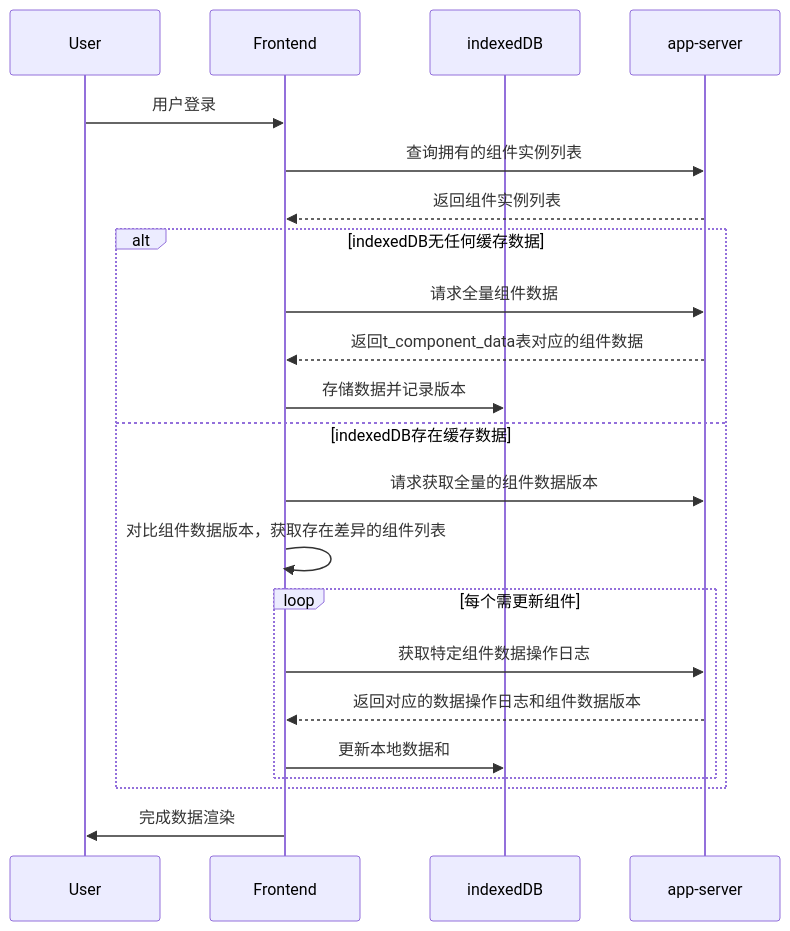
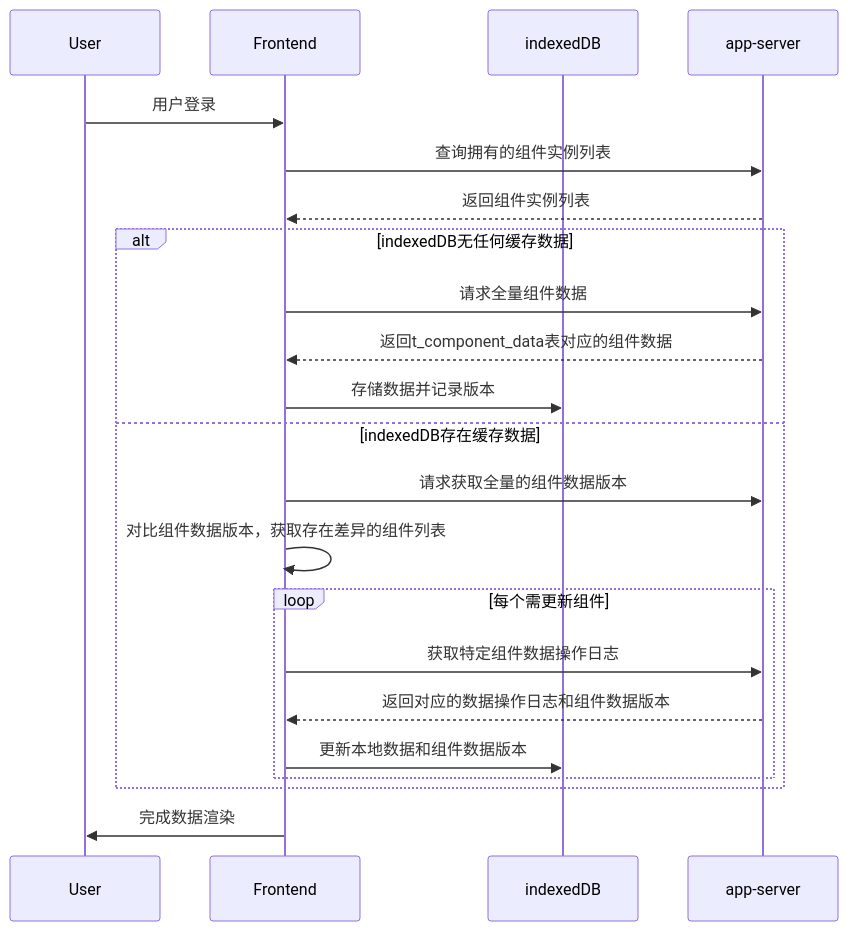
The diagram in all/未命名-25.md (yingjianzh/iodraw-files), drawn with Mermaid before and after one commit.

Commit message:
2025-02-25 10:53:10 update

````diff
--- a/all/未命名-25.md
+++ b/all/未命名-25.md
@@ -1,29 +1,29 @@
 ```mermaid
 
 sequenceDiagram
     participant User
     participant Frontend
     participant indexedDB
     participant app-server
 
 
     User->>Frontend: 用户登录
     Frontend->>app-server: 查询拥有的组件实例列表
     app-server-->>Frontend: 返回组件实例列表
     
     alt indexedDB无任何缓存数据
         Frontend->>app-server: 请求全量组件数据
         app-server-->>Frontend: 返回t_component_data表对应的组件数据
         Frontend->>indexedDB: 存储数据并记录版本
     else indexedDB存在缓存数据
         Frontend->>app-server: 请求获取全量的组件数据版本
         Frontend->>Frontend: 对比组件数据版本，获取存在差异的组件列表
         loop 每个需更新组件
             Frontend->>app-server: 获取特定组件数据操作日志
             app-server-->>Frontend: 返回对应的数据操作日志和组件数据版本
-            Frontend->>indexedDB: 更新本地数据和
+            Frontend->>indexedDB: 更新本地数据和组件数据版本
         end
     end
     Frontend->>User: 完成数据渲染
 
 ```
````
